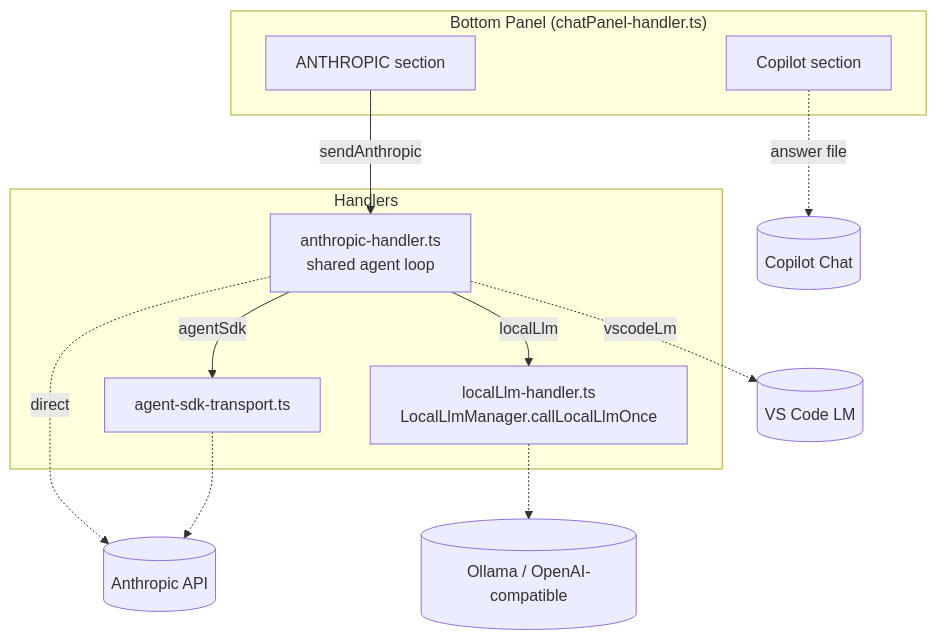
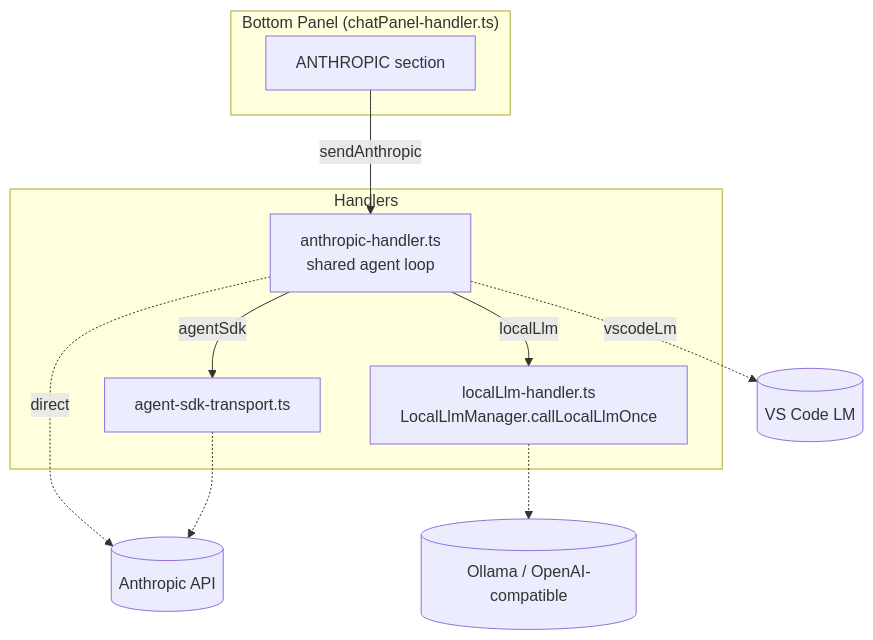
The first of 9 diagrams in tom_vscode_extension/doc/anthropic_sdk_integration.md (al-the-bear/tom_vscode), drawn with Mermaid before and after one commit. The commit also changed other lines of this file and 210 other files, not shown here.

First line of the commit message:
Extension: one transport — the Copilot panel, queue transport, answer wrapper and answer files removed (01_aifmt-1)

````diff
--- a/tom_vscode_extension/doc/anthropic_sdk_integration.md
+++ b/tom_vscode_extension/doc/anthropic_sdk_integration.md
@@ -36,23 +36,21 @@
 ```mermaid
 graph TD
     subgraph Panel["Bottom Panel (chatPanel-handler.ts)"]
         PA[ANTHROPIC section]
-        PC[Copilot section]
     end
 
     subgraph Handlers
         AH[anthropic-handler.ts\nshared agent loop]
         SDK[agent-sdk-transport.ts]
         LH[localLlm-handler.ts\nLocalLlmManager.callLocalLlmOnce]
     end
 
     PA -->|sendAnthropic| AH
     AH -->|agentSdk| SDK
     AH -->|localLlm| LH
-    PC -.->|answer file| COPILOT[(Copilot Chat)]
 
     AH -.->|direct| ANTHROPIC[(Anthropic API)]
     SDK -.-> ANTHROPIC
     AH -.->|vscodeLm| VSCODELM[(VS Code LM)]
     LH -.-> OLLAMA[(Ollama / OpenAI-compatible)]
 ```
````
